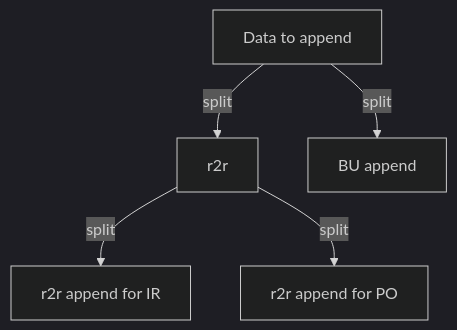
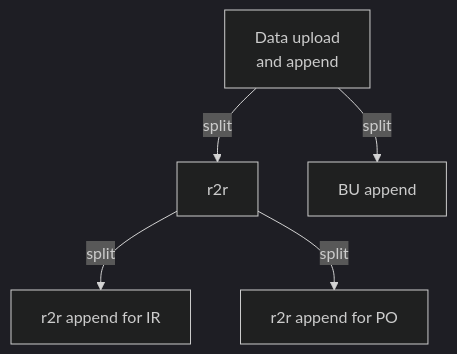
The diagram in dbs/database.eamena/data/README.md (eamena-project/eamena-arches-dev), drawn with Mermaid (dark theme) before and after one commit. The commit also changed other lines of this file and 3 other files, not shown here.

````diff
--- a/dbs/database.eamena/data/README.md
+++ b/dbs/database.eamena/data/README.md
@@ -24,13 +24,13 @@
 ```mermaid
 flowchart
-  id3[Data to append] -- split --> id6[r2r];
+  id3[Data upload <br>and append] -- split --> id6[r2r];
   id6 -- split --> id4[r2r append for IR];
   id6 -- split --> id5[r2r append for PO];
   id3 -- split --> id7[BU append];
   
   click id3 "https://github.com/eamena-project/eamena-arches-dev/blob/main/dbs/database.eamena/data/bulk_data/append/bu_append_to_be_mapped.csv" _blank
   click id5 "https://github.com/eamena-project/eamena-arches-dev/blob/main/dbs/database.eamena/data/business_data_relations/res2res_hp_po.relations" _blank
   click id4 "https://github.com/eamena-project/eamena-arches-dev/blob/main/dbs/database.eamena/data/business_data_relations/res2res_hp_ir.relations" _blank
   click id7 "https://github.com/eamena-project/eamena-arches-dev/blob/main/dbs/database.eamena/data/bulk_data/append/Fazzan_bu_append.csv" _blank
 
 ```
````
